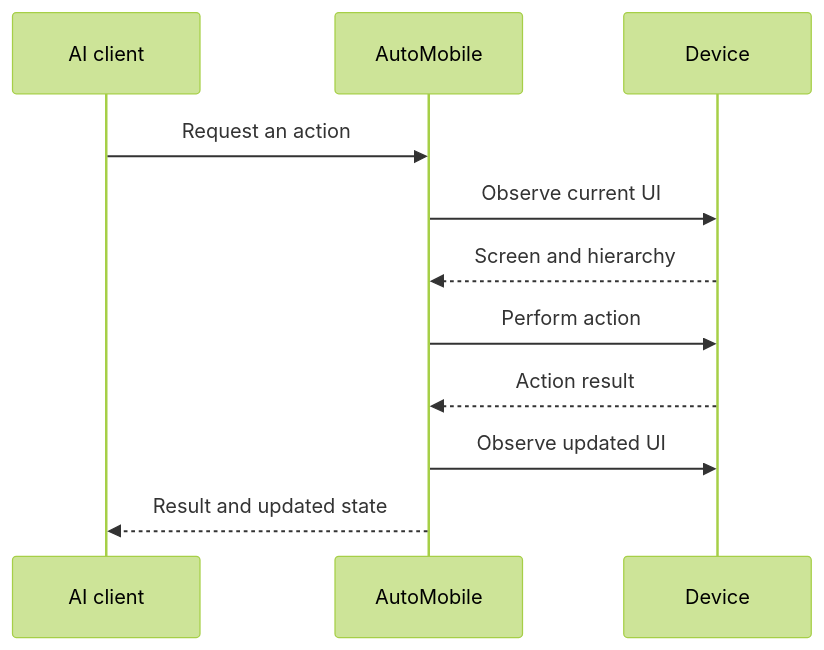
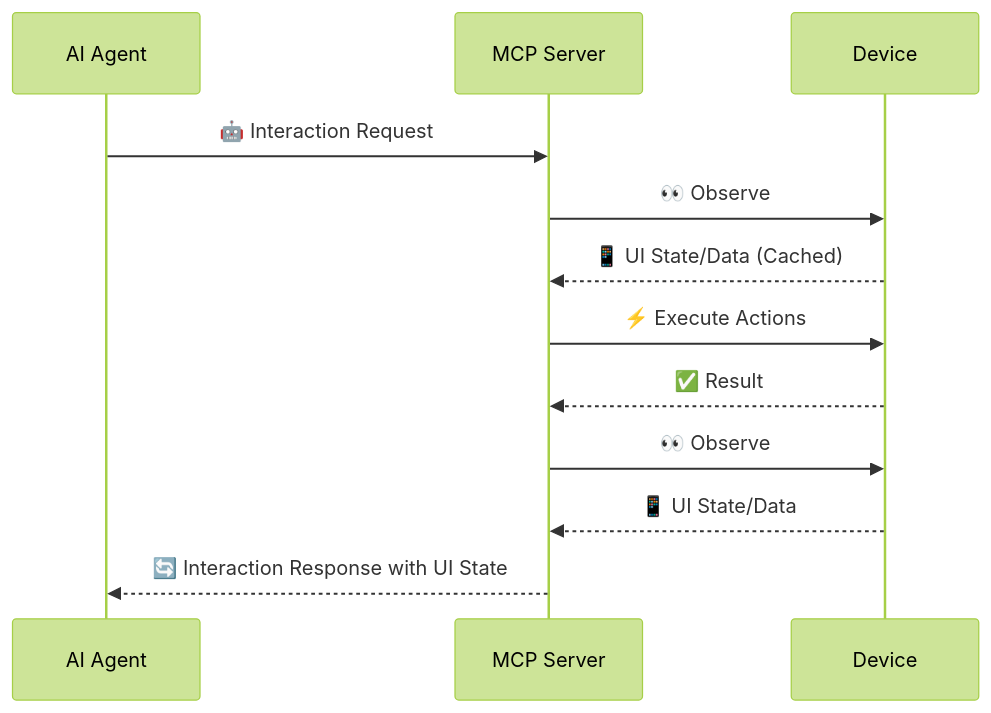
Before and after one commit to kaeawc/auto-mobile: the diagram in docs/design-docs/mcp/interaction-loop.md, drawn with Mermaid (forest theme). The commit also changed other lines of this file and 17 other files, not shown here.

````diff
--- a/docs/design-docs/mcp/interaction-loop.md
+++ b/docs/design-docs/mcp/interaction-loop.md
@@ -5,14 +13,17 @@
 ```mermaid
 sequenceDiagram
-  participant Client as AI client
-  participant AutoMobile
+  participant Agent as AI Agent
+  participant MCP as MCP Server
   participant Device
 
-  Client->>AutoMobile: Request an action
-  AutoMobile->>Device: Observe current UI
-  Device-->>AutoMobile: Screen and hierarchy
-  AutoMobile->>Device: Perform action
-  Device-->>AutoMobile: Action result
-  AutoMobile->>Device: Observe updated UI
-  AutoMobile-->>Client: Result and updated state
+  Agent->>MCP: 🤖 Interaction Request
+  MCP->>Device: 👀 Observe
+  Device-->>MCP: 📱 UI State/Data (Cached)
+
+  MCP->>Device: ⚡ Execute Actions
+  Device-->>MCP: ✅ Result
+
+  MCP->>Device: 👀 Observe
+  Device-->>MCP: 📱 UI State/Data
+  MCP-->>Agent: 🔄 Interaction Response with UI State
 ```
````
